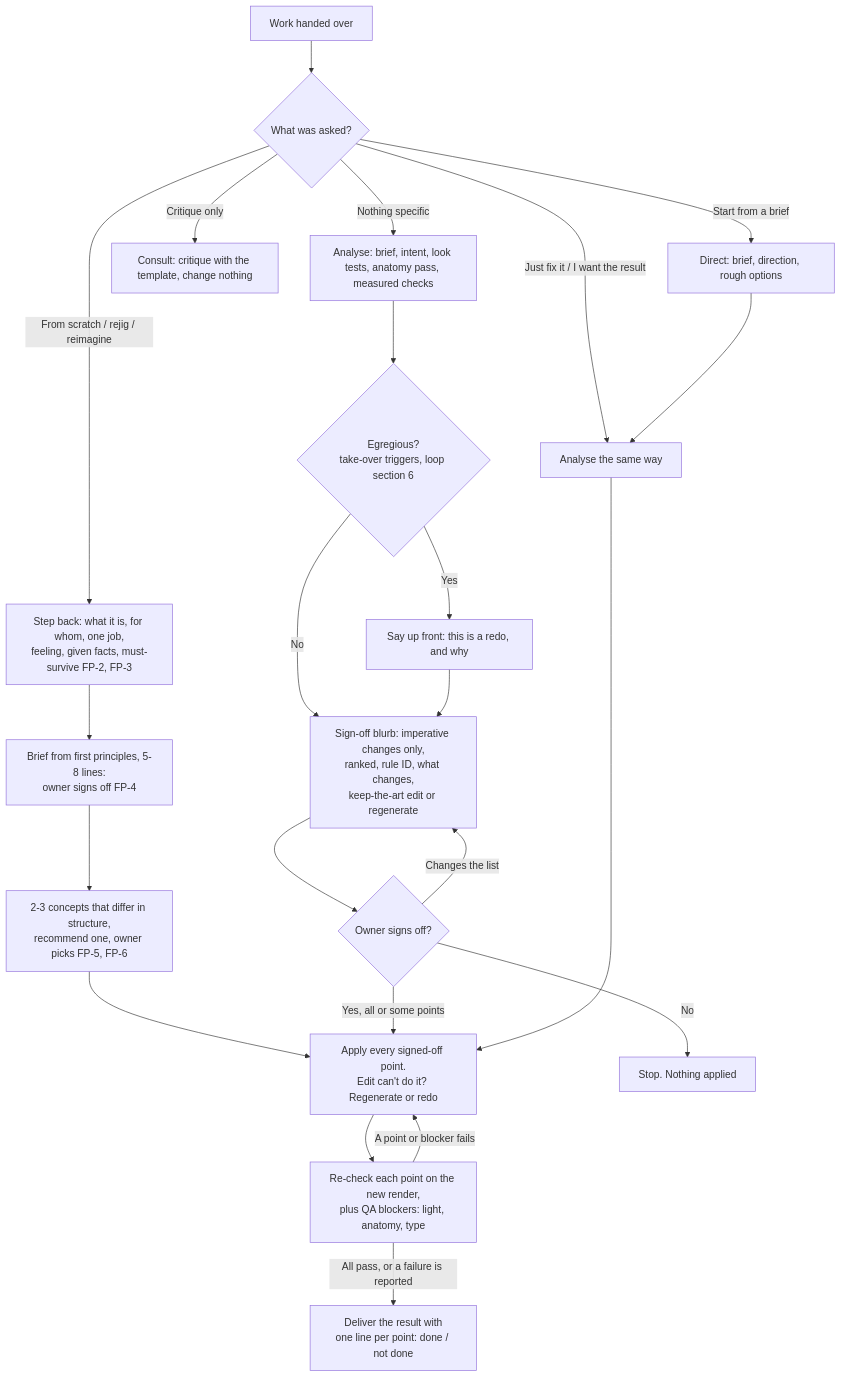
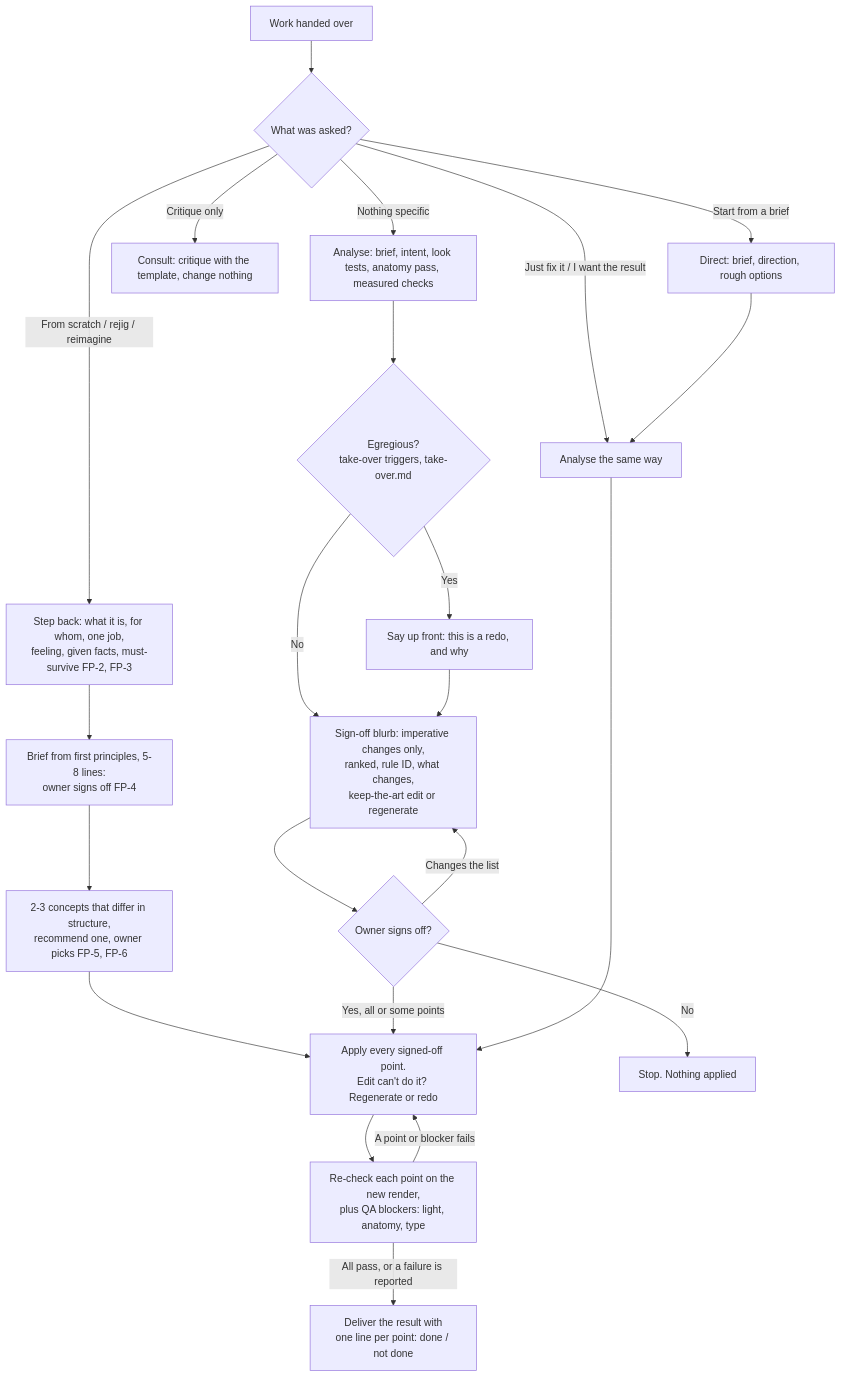
The diagram in skills/creative-director/core/interaction-flow.md (SnazzyGaz/creative-director), drawn with Mermaid before and after one commit. The commit also changed 50 other files, not shown here.

````diff
--- a/skills/creative-director/core/interaction-flow.md
+++ b/skills/creative-director/core/interaction-flow.md
@@ -16,25 +16,25 @@
 ```mermaid
 flowchart TD
     A[Work handed over] --> B{What was asked?}
     B -->|Nothing specific| C[Analyse: brief, intent, look tests, anatomy pass, measured checks]
     B -->|Just fix it / I want the result| C2[Analyse the same way]
     B -->|Critique only| K[Consult: critique with the template, change nothing]
     B -->|Start from a brief| D[Direct: brief, direction, rough options]
     B -->|From scratch / rejig / reimagine| P[Step back: what it is, for whom, one job,<br>feeling, given facts, must-survive FP-2, FP-3]
     P --> P1[Brief from first principles, 5-8 lines:<br>owner signs off FP-4]
     P1 --> P2[2-3 concepts that differ in structure,<br>recommend one, owner picks FP-5, FP-6]
     P2 --> H
     D --> C2
-    C --> E{Egregious?<br>take-over triggers, loop section 6}
+    C --> E{Egregious?<br>take-over triggers, take-over.md}
     E -->|Yes| E1[Say up front: this is a redo, and why]
     E -->|No| F
     E1 --> F[Sign-off blurb: imperative changes only,<br>ranked, rule ID, what changes,<br>keep-the-art edit or regenerate]
     F --> G{Owner signs off?}
     G -->|Yes, all or some points| H
     G -->|Changes the list| F
     G -->|No| Z[Stop. Nothing applied]
     C2 --> H[Apply every signed-off point.<br>Edit can't do it? Regenerate or redo]
     H --> I[Re-check each point on the new render,<br>plus QA blockers: light, anatomy, type]
     I -->|A point or blocker fails| H
     I -->|All pass, or a failure is reported| J[Deliver the result with<br>one line per point: done / not done]
 ```
````
